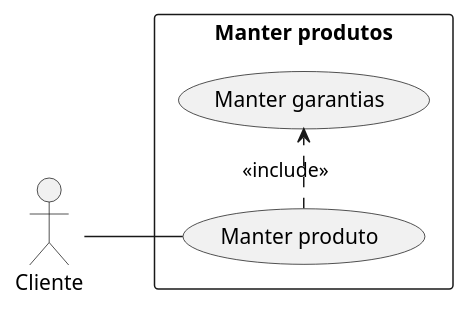
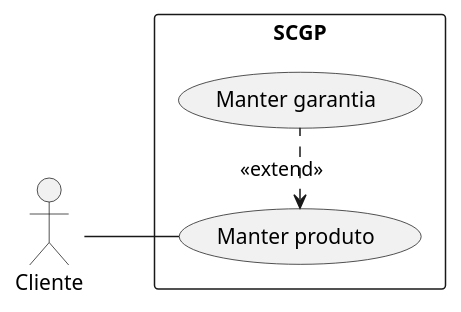
Before and after one commit to maxwellamaral/maxwellamaral.github.io: the diagram in docs/assets/puml/usecase_rf01_2.puml, drawn with PlantUML. The commit also changed 9 other files, not shown here.

Commit message:
🎨 Atualizadas as lições sobre Visão UML

```diff
--- a/docs/assets/puml/usecase_rf01_2.puml
+++ b/docs/assets/puml/usecase_rf01_2.puml
@@ -1,15 +1,15 @@
 @startuml
 
 left to right direction
 skinparam packageStyle rectangle
 actor Cliente as c
 
-rectangle "Manter produtos" {
+rectangle "SCGP" {
     usecase "Manter produto" as uc1
-    usecase "Manter garantias" as uc2
+    usecase "Manter garantia" as uc2
 }
 
 c -- uc1
-uc1 .> uc2: <<include>>
+uc1 <. uc2: <<extend>>
 
 @enduml
```
